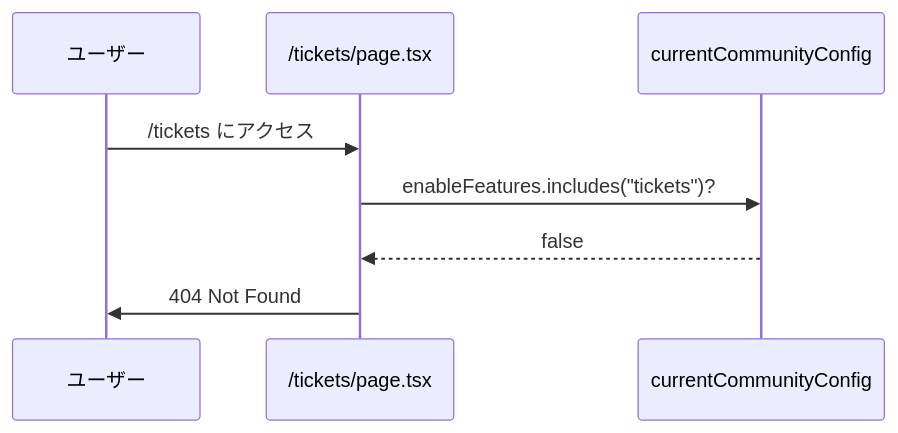
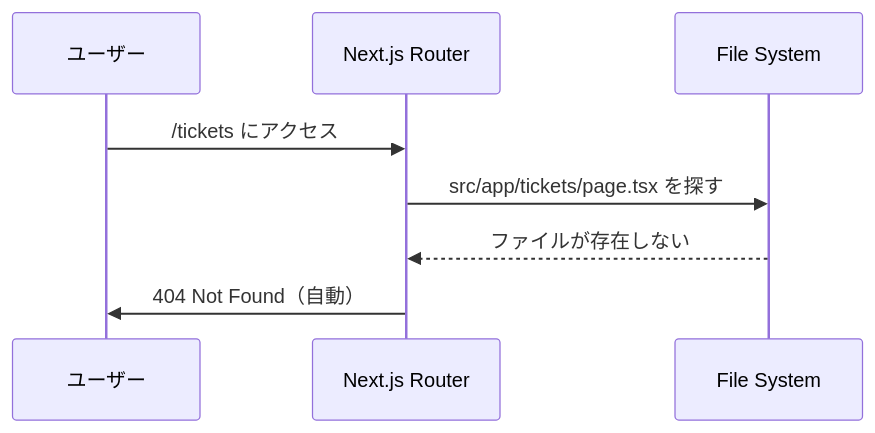
One commit to Hopin-inc/civicship-portal changed the second of 3 diagrams in docs/disable-ticket-features.md. Above: the diagram before and after it, drawn with Mermaid. The commit also changed other lines of this file, not shown here.

````diff
--- a/docs/disable-ticket-features.md
+++ b/docs/disable-ticket-features.md
@@ -852,11 +859,11 @@
 ```mermaid
 sequenceDiagram
     participant User as ユーザー
-    participant Page as /tickets/page.tsx
-    participant Config as currentCommunityConfig
+    participant NextJS as Next.js Router
+    participant FileSystem as File System
 
-    User->>Page: /tickets にアクセス
-    Page->>Config: enableFeatures.includes("tickets")?
-    Config-->>Page: false
-    Page->>User: 404 Not Found
+    User->>NextJS: /tickets にアクセス
+    NextJS->>FileSystem: src/app/tickets/page.tsx を探す
+    FileSystem-->>NextJS: ファイルが存在しない
+    NextJS->>User: 404 Not Found（自動）
 ```
````
